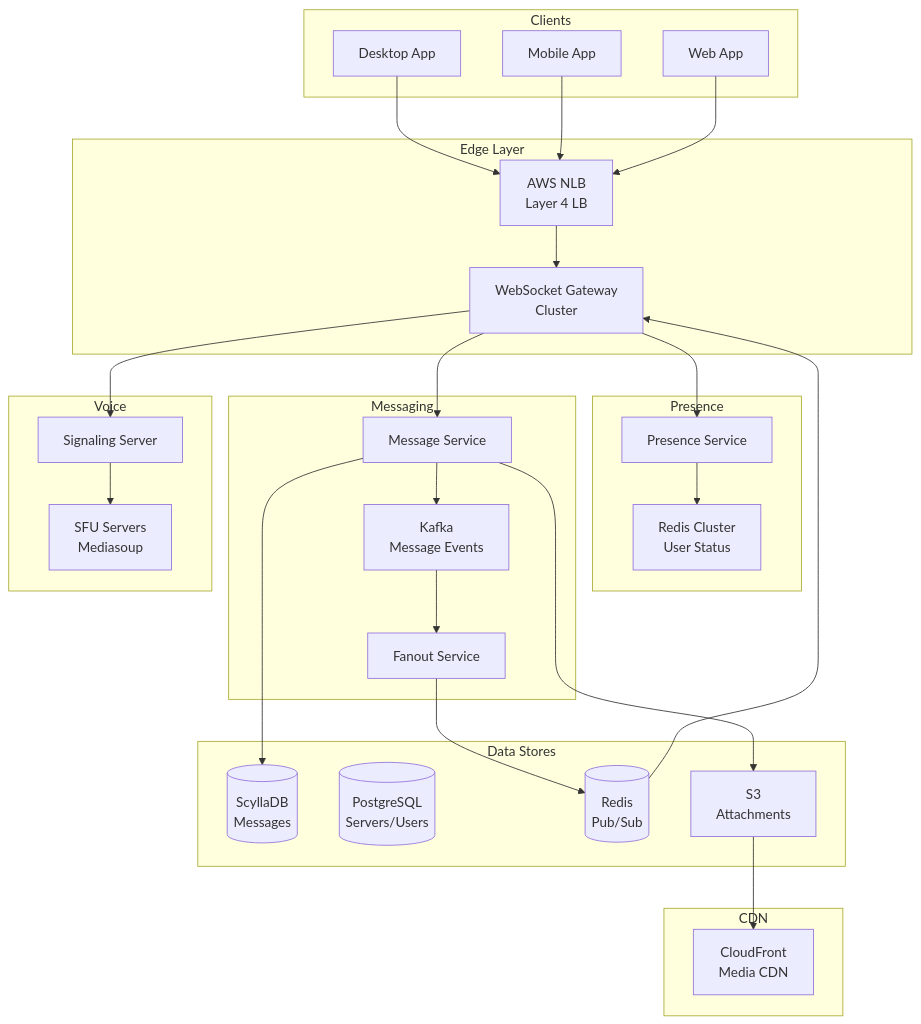
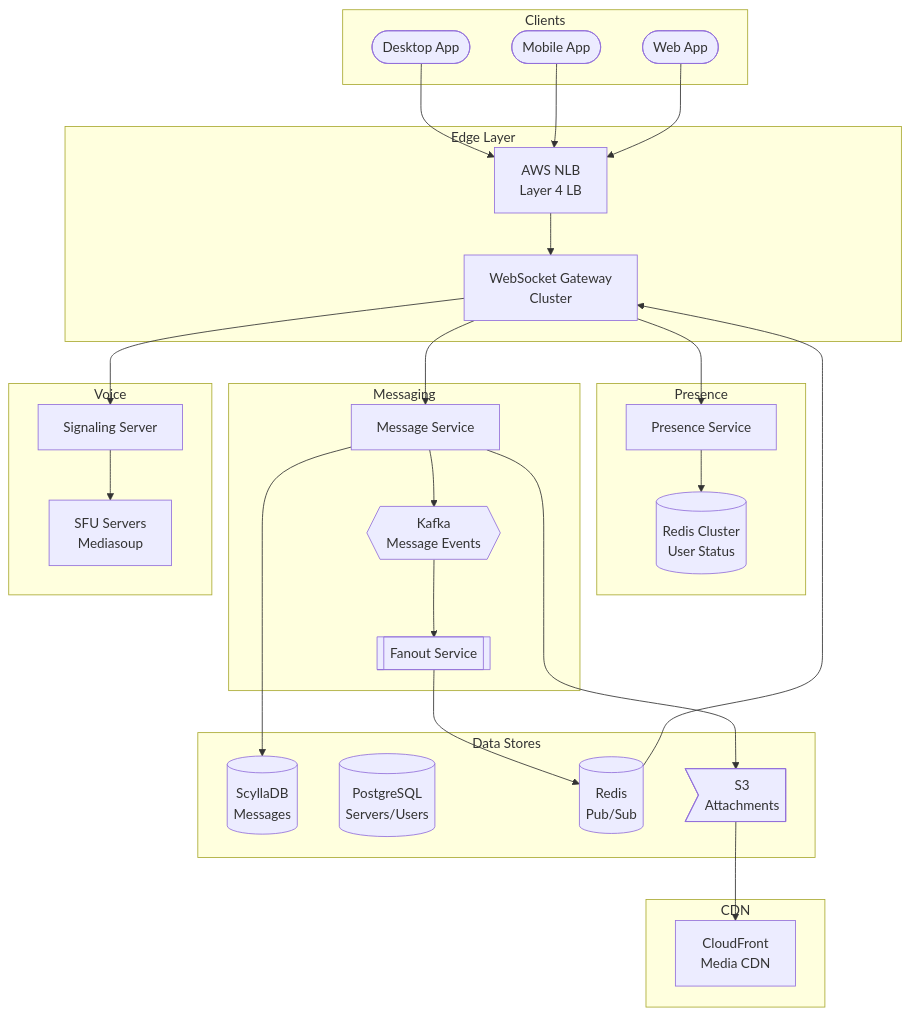
Before and after one commit to ShanmugaGanesh1999/Portfolio: the diagram in docs/prep/System Design/06-Case-Studies/09-discord.md, drawn with Mermaid. The commit also changed 40 other files, not shown here.

First line of the commit message:
Refactor diagram node rendering to use reusable shape components

````diff
--- a/docs/prep/System Design/06-Case-Studies/09-discord.md
+++ b/docs/prep/System Design/06-Case-Studies/09-discord.md
@@ -57,57 +57,57 @@
 ```mermaid
 graph TD
     subgraph Clients
-        C1[Desktop App]
-        C2[Mobile App]
-        C3[Web App]
+        C1([Desktop App])
+        C2([Mobile App])
+        C3([Web App])
     end
     
     subgraph Edge Layer
         LB[AWS NLB<br/>Layer 4 LB]
         WSG[WebSocket Gateway<br/>Cluster]
     end
     
     subgraph Presence
         PS[Presence Service]
-        PSREDIS[Redis Cluster<br/>User Status]
+        PSREDIS[(Redis Cluster<br/>User Status)]
     end
     
     subgraph Messaging
         MS[Message Service]
-        KAFKA[Kafka<br/>Message Events]
-        FANOUT[Fanout Service]
+        KAFKA{{Kafka<br/>Message Events}}
+        FANOUT[[Fanout Service]]
     end
     
     subgraph Voice
         SFU[SFU Servers<br/>Mediasoup]
         SIGNAL[Signaling Server]
     end
     
     subgraph Data Stores
         SCYLLA[(ScyllaDB<br/>Messages)]
         PG[(PostgreSQL<br/>Servers/Users)]
         REDIS[(Redis<br/>Pub/Sub)]
-        S3[S3<br/>Attachments]
+        S3>S3<br/>Attachments]
     end
     
     subgraph CDN
         CF[CloudFront<br/>Media CDN]
     end
     
     C1 --> LB
     C2 --> LB
     C3 --> LB
     LB --> WSG
     WSG --> PS
     WSG --> MS
     WSG --> SIGNAL
     PS --> PSREDIS
     MS --> KAFKA
     KAFKA --> FANOUT
     FANOUT --> REDIS
     REDIS --> WSG
     MS --> SCYLLA
     MS --> S3
     S3 --> CF
     SIGNAL --> SFU
 ```
````
